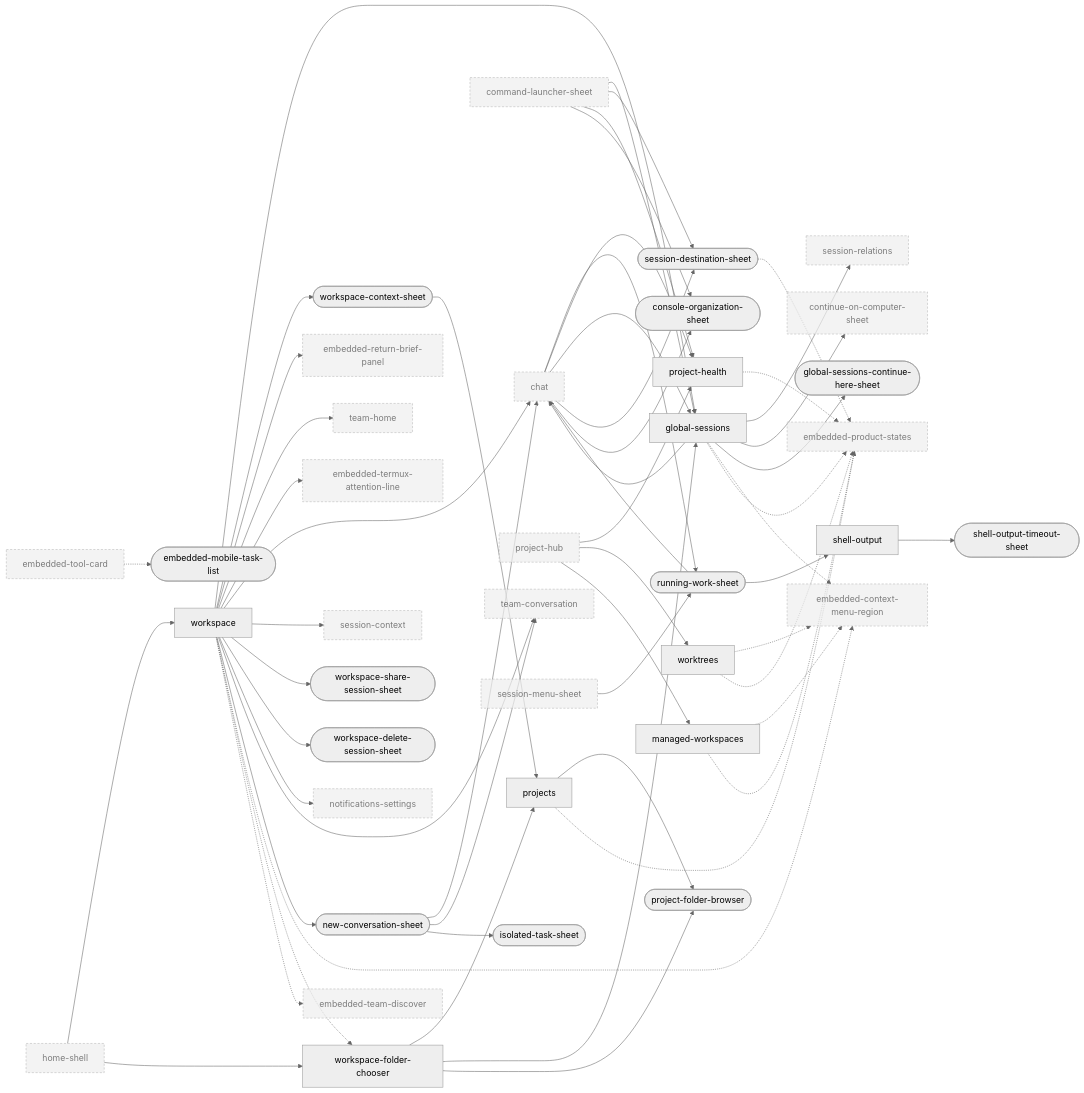
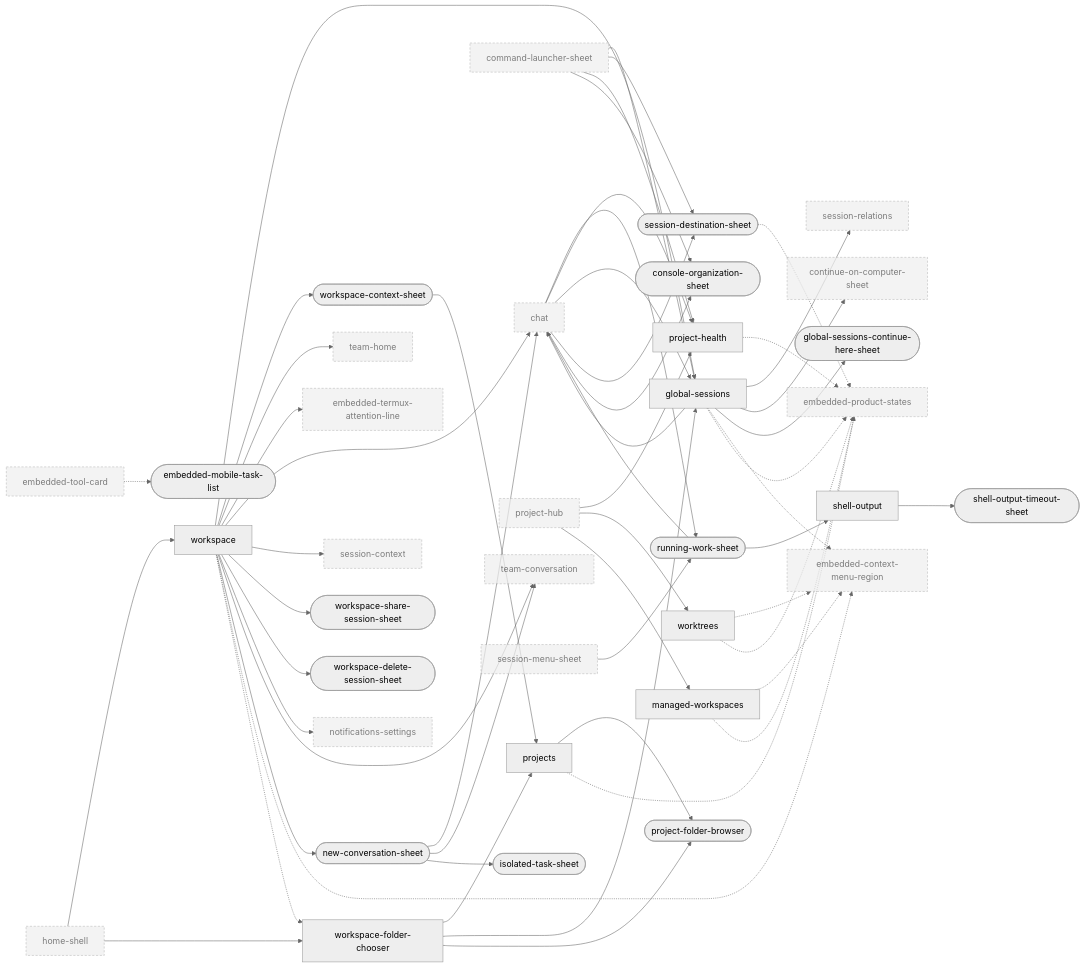
One commit to Breskott/opencode-mobile-next changed the third of 10 diagrams in docs/design/ui-ledger/navigation.md. Above: the diagram before and after it, drawn with Mermaid (neutral theme). The commit also changed other lines of this file and 20 other files, not shown here.

````diff
--- a/docs/design/ui-ledger/navigation.md
+++ b/docs/design/ui-ledger/navigation.md
@@ -497,8 +482,6 @@
   embedded_context_menu_region["embedded-context-menu-region"]:::ext
   embedded_mobile_task_list(["embedded-mobile-task-list"])
   embedded_product_states["embedded-product-states"]:::ext
-  embedded_return_brief_panel["embedded-return-brief-panel"]:::ext
-  embedded_team_discover["embedded-team-discover"]:::ext
   embedded_termux_attention_line["embedded-termux-attention-line"]:::ext
   embedded_tool_card["embedded-tool-card"]:::ext
   global_sessions["global-sessions"]
@@ -536,7 +519,6 @@
   session_menu_sheet --> running_work_sheet
   workspace --> global_sessions
   workspace --> workspace_context_sheet
-  workspace --> embedded_return_brief_panel
   workspace --> team_home
   workspace --> embedded_termux_attention_line
   workspace --> chat
@@ -581,6 +563,5 @@
   chat --> session_destination_sheet
   chat --> console_organization_sheet
   embedded_tool_card -.-> embedded_mobile_task_list
-  workspace -.-> embedded_team_discover
   classDef ext stroke-dasharray: 4 3,opacity:0.7
 ```
````
